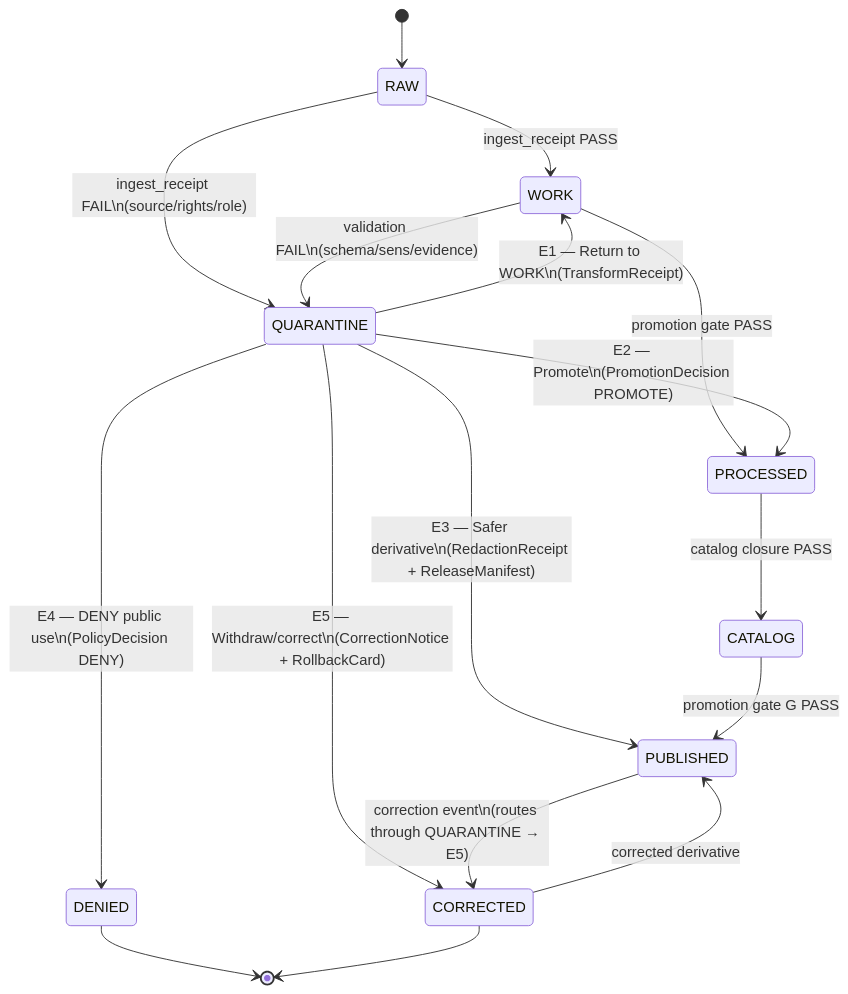
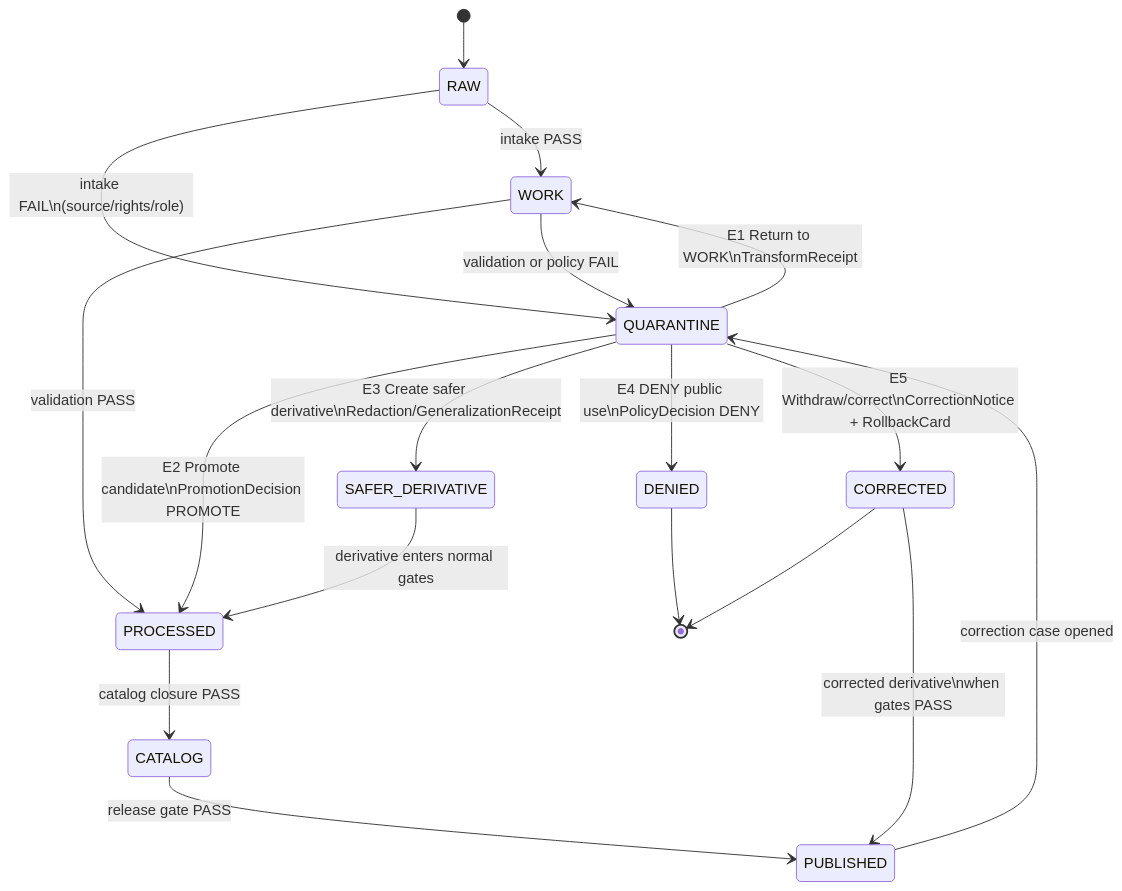
Before and after one commit to bartytime4life/Kansas-Frontier-Matrix: the diagram in docs/adr/ADR-0021-quarantine-has-structured-exit-paths.md, drawn with Mermaid. The commit also changed other lines of this file, not shown here.

````diff
--- a/docs/adr/ADR-0021-quarantine-has-structured-exit-paths.md
+++ b/docs/adr/ADR-0021-quarantine-has-structured-exit-paths.md
@@ -161,19 +178,22 @@
 ```mermaid
 stateDiagram-v2
     [*] --> RAW
-    RAW --> WORK : ingest_receipt PASS
-    RAW --> QUARANTINE : ingest_receipt FAIL\n(source/rights/role)
-    WORK --> QUARANTINE : validation FAIL\n(schema/sens/evidence)
-    WORK --> PROCESSED : promotion gate PASS
-    QUARANTINE --> WORK : E1 — Return to WORK\n(TransformReceipt)
-    QUARANTINE --> PROCESSED : E2 — Promote\n(PromotionDecision PROMOTE)
-    QUARANTINE --> PUBLISHED : E3 — Safer derivative\n(RedactionReceipt + ReleaseManifest)
-    QUARANTINE --> DENIED : E4 — DENY public use\n(PolicyDecision DENY)
-    QUARANTINE --> CORRECTED : E5 — Withdraw/correct\n(CorrectionNotice + RollbackCard)
+    RAW --> WORK : intake PASS
+    RAW --> QUARANTINE : intake FAIL\n(source/rights/role)
+    WORK --> QUARANTINE : validation or policy FAIL
+    WORK --> PROCESSED : validation PASS
     PROCESSED --> CATALOG : catalog closure PASS
-    CATALOG --> PUBLISHED : promotion gate G PASS
-    PUBLISHED --> CORRECTED : correction event\n(routes through QUARANTINE → E5)
+    CATALOG --> PUBLISHED : release gate PASS
+
+    QUARANTINE --> WORK : E1 Return to WORK\nTransformReceipt
+    QUARANTINE --> PROCESSED : E2 Promote candidate\nPromotionDecision PROMOTE
+    QUARANTINE --> SAFER_DERIVATIVE : E3 Create safer derivative\nRedaction/GeneralizationReceipt
+    SAFER_DERIVATIVE --> PROCESSED : derivative enters normal gates
+    QUARANTINE --> DENIED : E4 DENY public use\nPolicyDecision DENY
+
+    PUBLISHED --> QUARANTINE : correction case opened
+    QUARANTINE --> CORRECTED : E5 Withdraw/correct\nCorrectionNotice + RollbackCard
+    CORRECTED --> PUBLISHED : corrected derivative\nwhen gates PASS
     DENIED --> [*]
-    CORRECTED --> PUBLISHED : corrected derivative
     CORRECTED --> [*]
 ```
````
